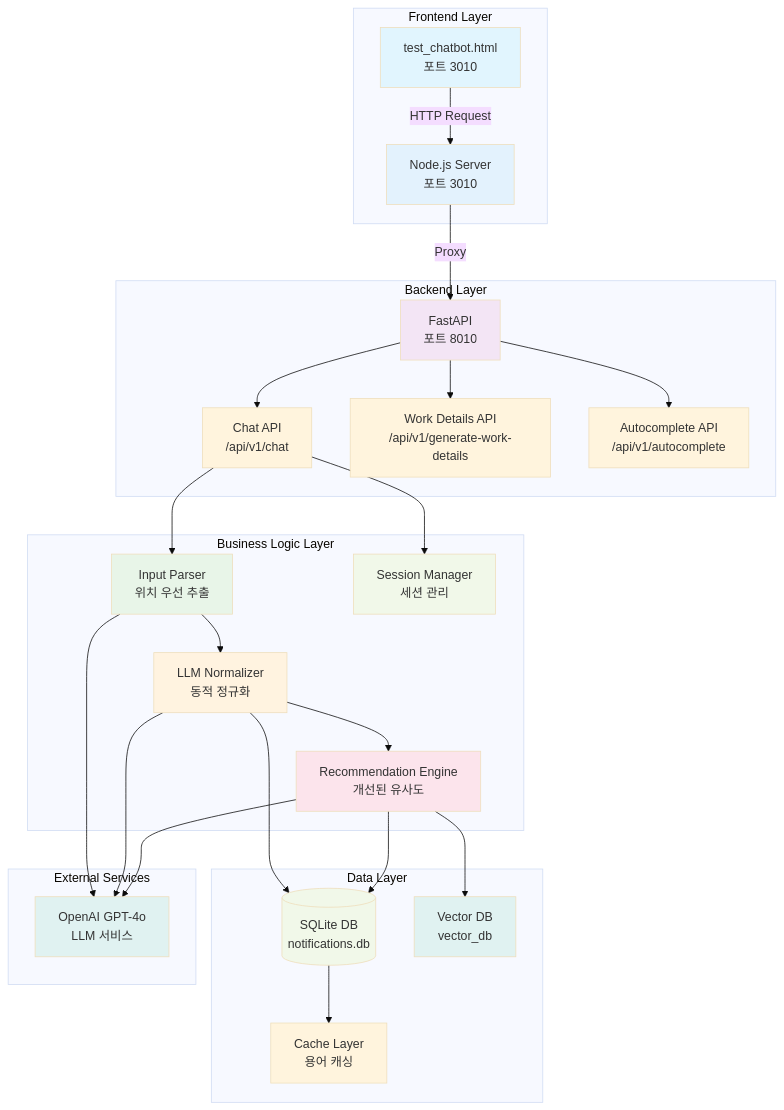
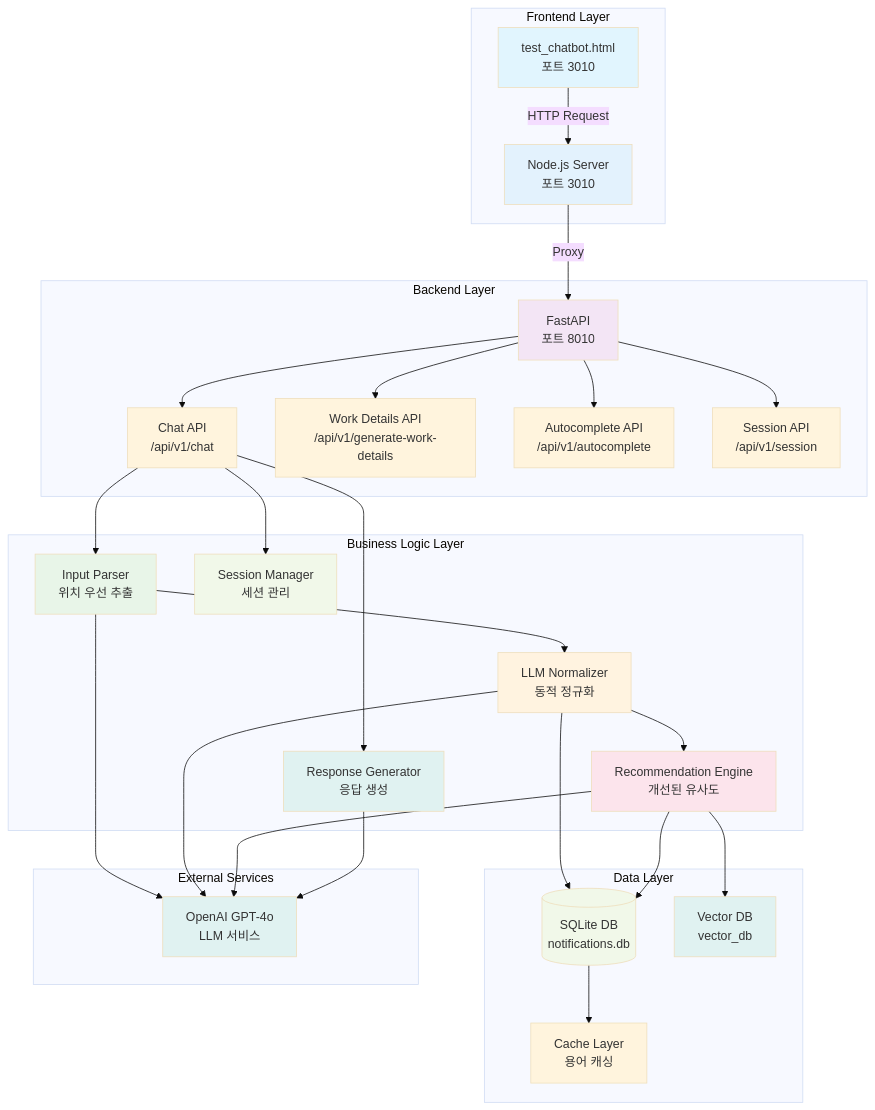
The first of 21 diagrams in docs/SYSTEM_ARCHITECTURE.md (SKAI-KojunK/PMark3), drawn with Mermaid (base theme) before and after one commit. The commit also changed other lines of this file, not shown here.

First line of the commit message:
docs: 시스템 아키텍처 문서 대폭 보강 - 파싱 로직, 정규화, 유사도 계산, 추천 로직, 응답 생성, 세션 관리 상세 다이어그램 추가

````diff
--- a/docs/SYSTEM_ARCHITECTURE.md
+++ b/docs/SYSTEM_ARCHITECTURE.md
@@ -9,62 +9,68 @@
 ```mermaid
 graph TB
     subgraph "Frontend Layer"
         UI[test_chatbot.html<br/>포트 3010]
         NODE[Node.js Server<br/>포트 3010]
     end
     
     subgraph "Backend Layer"
         API[FastAPI<br/>포트 8010]
         CHAT[Chat API<br/>/api/v1/chat]
         WORK[Work Details API<br/>/api/v1/generate-work-details]
         AUTO[Autocomplete API<br/>/api/v1/autocomplete]
+        SESSION_API[Session API<br/>/api/v1/session]
     end
     
     subgraph "Business Logic Layer"
         PARSER[Input Parser<br/>위치 우선 추출]
         NORM[LLM Normalizer<br/>동적 정규화]
         REC[Recommendation Engine<br/>개선된 유사도]
         SESSION[Session Manager<br/>세션 관리]
+        RESPONSE[Response Generator<br/>응답 생성]
     end
     
     subgraph "Data Layer"
         DB[(SQLite DB<br/>notifications.db)]
         VECTOR[Vector DB<br/>vector_db]
         CACHE[Cache Layer<br/>용어 캐싱]
     end
     
     subgraph "External Services"
         OPENAI[OpenAI GPT-4o<br/>LLM 서비스]
     end
     
     UI -->|HTTP Request| NODE
     NODE -->|Proxy| API
     API --> CHAT
     API --> WORK
     API --> AUTO
+    API --> SESSION_API
     
     CHAT --> PARSER
     CHAT --> SESSION
+    CHAT --> RESPONSE
     PARSER --> NORM
     NORM --> REC
     
     PARSER --> OPENAI
     NORM --> OPENAI
     REC --> OPENAI
+    RESPONSE --> OPENAI
     
     NORM --> DB
     REC --> DB
     REC --> VECTOR
     DB --> CACHE
     
     style UI fill:#e1f5fe
     style NODE fill:#e3f2fd
     style API fill:#f3e5f5
     style PARSER fill:#e8f5e8
     style NORM fill:#fff3e0
     style REC fill:#fce4ec
     style SESSION fill:#f1f8e9
+    style RESPONSE fill:#e0f2f1
     style DB fill:#f1f8e9
     style VECTOR fill:#e0f2f1
     style OPENAI fill:#e0f2f1
 ```
````
